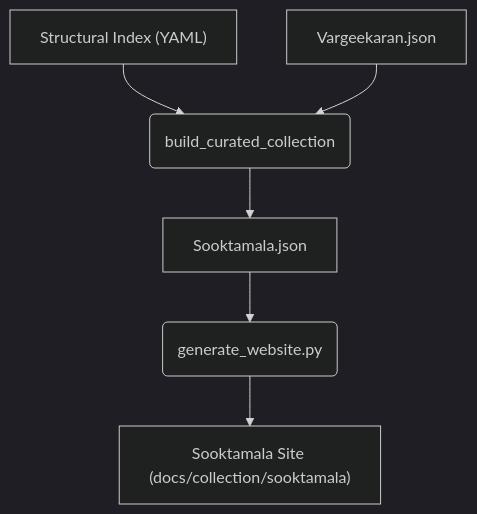
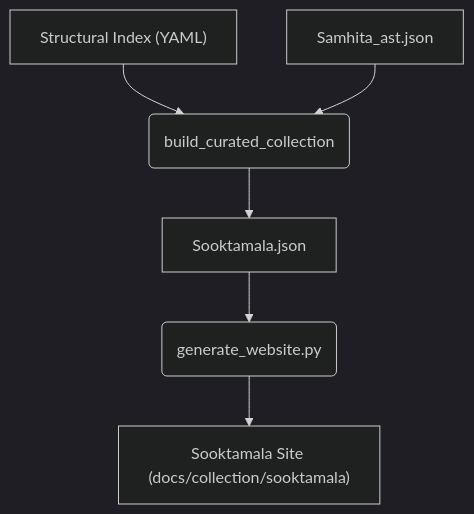
Before and after one commit to sekharnarayanaswamy-del/jaimineeyasamavedam: the third of 4 diagrams in .agent/documentation/PIPELINE_ARCHITECTURE.md, drawn with Mermaid (dark theme). The commit also changed other lines of this file and 99 other files, not shown here.

First line of the commit message:
Unify pipeline on canonical Samhita_ast.json and enrich Rik & Samam RDC

````diff
--- a/.agent/documentation/PIPELINE_ARCHITECTURE.md
+++ b/.agent/documentation/PIPELINE_ARCHITECTURE.md
@@ -59,8 +56,8 @@
 ```mermaid
 graph TD
     O1["Structural Index (YAML)"] --> P1("build_curated_collection")
-    G1["Vargeekaran.json"] --> P1
+    E1["Samhita_ast.json"] --> P1
     P1 --> Q1["Sooktamala.json"]
     Q1 --> R1("generate_website.py")
     R1 --> S1["Sooktamala Site (docs/collection/sooktamala)"]
 ```
````
